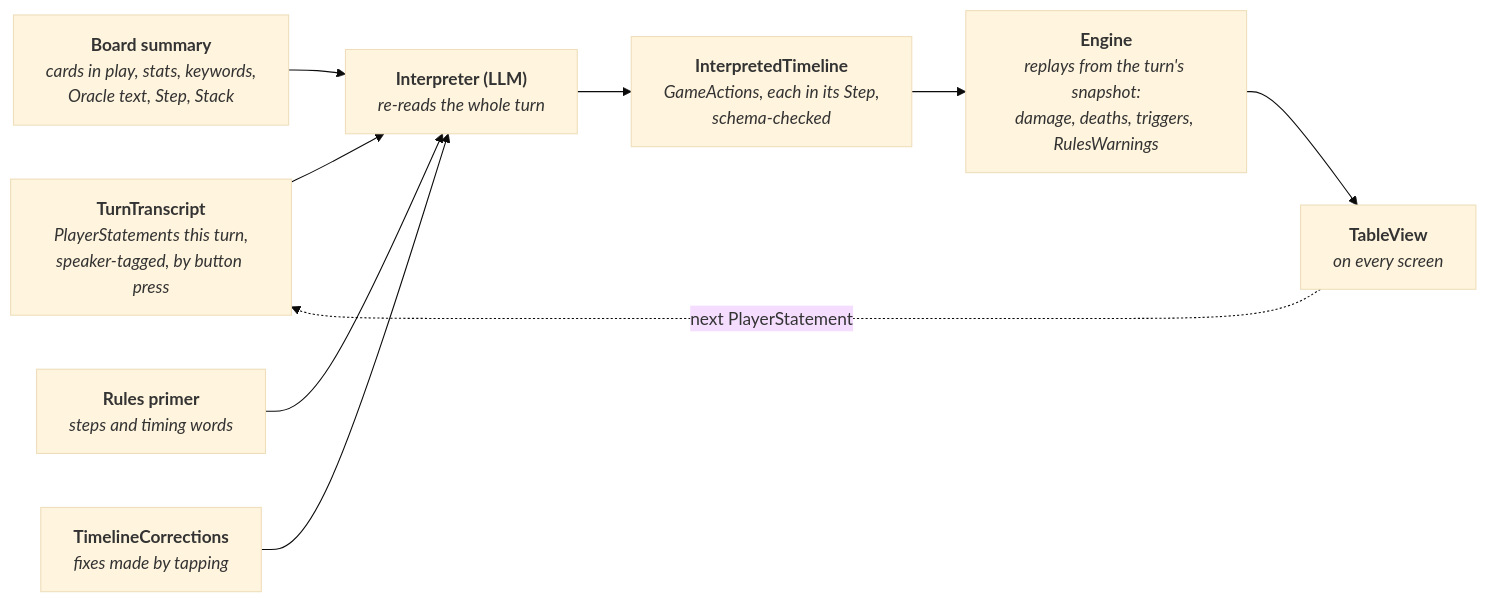
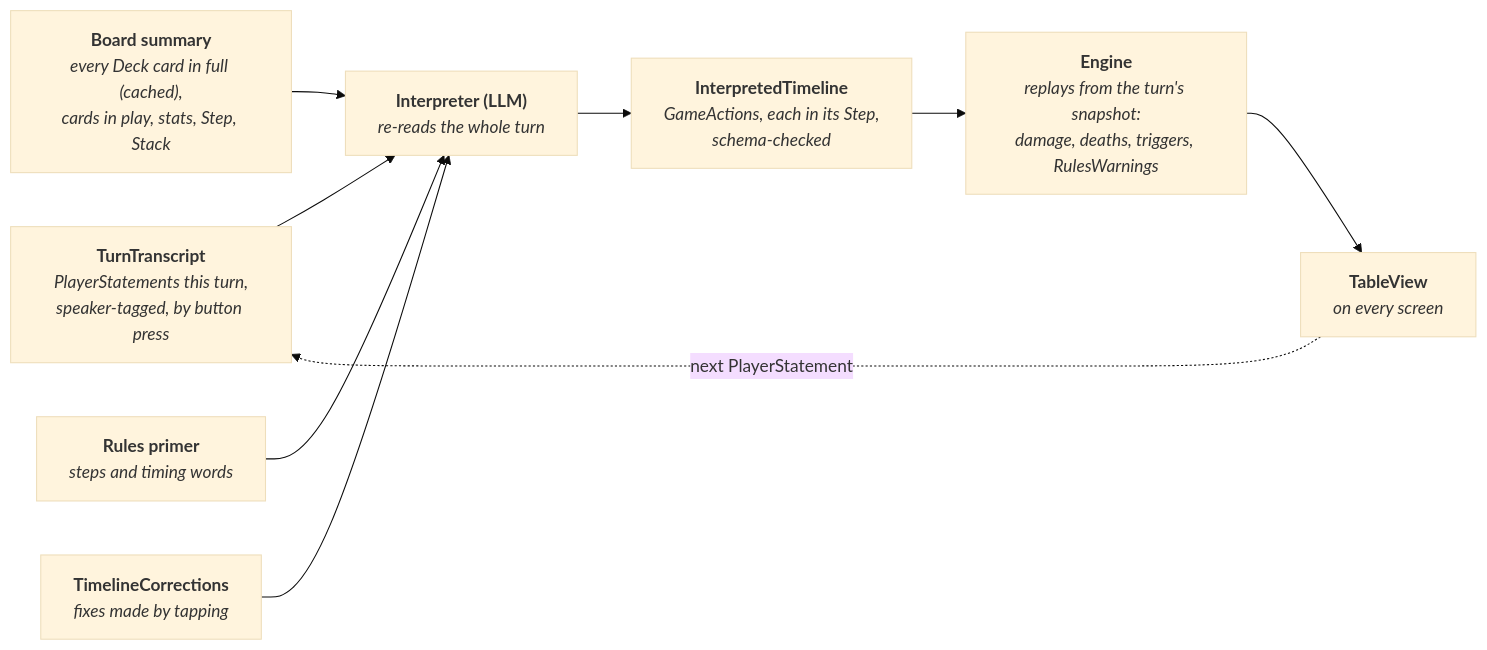
The first of 3 diagrams in docs/engine-model.md (mwei2509/onthestack), drawn with Mermaid (base theme) before and after one commit. The commit also changed other lines of this file and 6 other files, not shown here.

````diff
--- a/docs/engine-model.md
+++ b/docs/engine-model.md
@@ -16,11 +16,11 @@
 ```mermaid
 flowchart LR
   T["<b>TurnTranscript</b><br/><i>PlayerStatements this turn,<br/>speaker-tagged, by button press</i>"] --> I
-  B["<b>Board summary</b><br/><i>cards in play, stats, keywords,<br/>Oracle text, Step, Stack</i>"] --> I
+  B["<b>Board summary</b><br/><i>every Deck card in full (cached),<br/>cards in play, stats, Step, Stack</i>"] --> I
   R["<b>Rules primer</b><br/><i>steps and timing words</i>"] --> I
   C["<b>TimelineCorrections</b><br/><i>fixes made by tapping</i>"] --> I
   I["<b>Interpreter (LLM)</b><br/><i>re-reads the whole turn</i>"] --> TL["<b>InterpretedTimeline</b><br/><i>GameActions, each in its Step,<br/>schema-checked</i>"]
   TL --> E["<b>Engine</b><br/><i>replays from the turn's snapshot:<br/>damage, deaths, triggers, RulesWarnings</i>"]
   E --> V["<b>TableView</b><br/><i>on every screen</i>"]
   V -. "next PlayerStatement" .-> T
 ```
````
